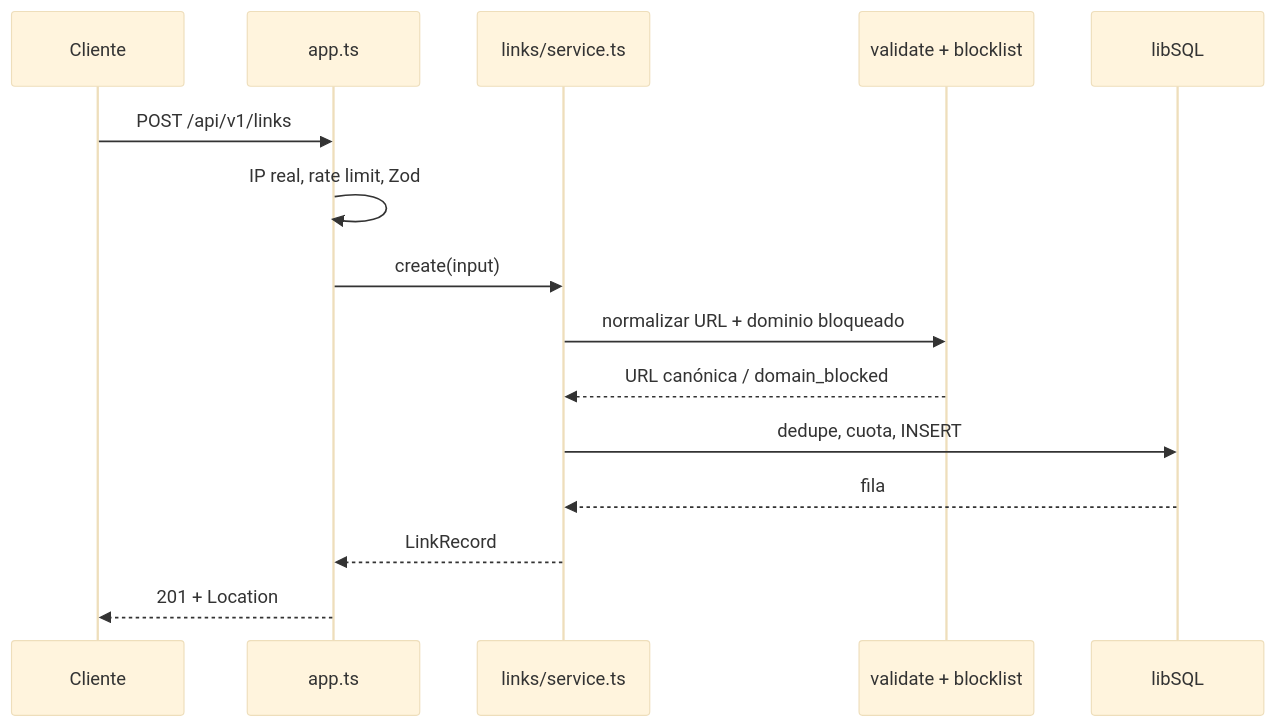
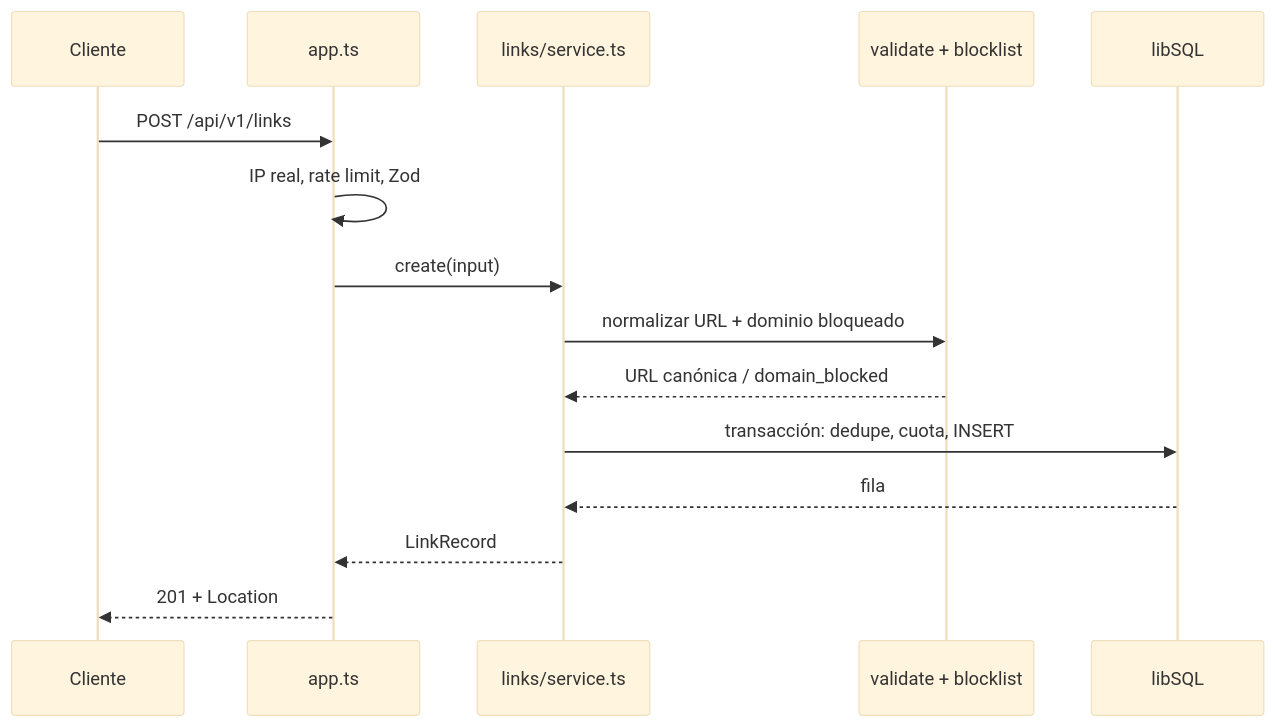
Before and after one commit to Joel-RD/erdl-shortener: the first of 4 diagrams in README.md, drawn with Mermaid (base theme). The commit also changed other lines of this file and 30 other files, not shown here.

````diff
--- a/README.md
+++ b/README.md
@@ -207,17 +227,17 @@
 ```mermaid
 sequenceDiagram
   participant C as Cliente
   participant A as app.ts
   participant S as links/service.ts
   participant V as validate + blocklist
   participant D as libSQL
   C->>A: POST /api/v1/links
   A->>A: IP real, rate limit, Zod
   A->>S: create(input)
   S->>V: normalizar URL + dominio bloqueado
   V-->>S: URL canónica / domain_blocked
-  S->>D: dedupe, cuota, INSERT
+  S->>D: transacción: dedupe, cuota, INSERT
   D-->>S: fila
   S-->>A: LinkRecord
   A-->>C: 201 + Location
 ```
````
